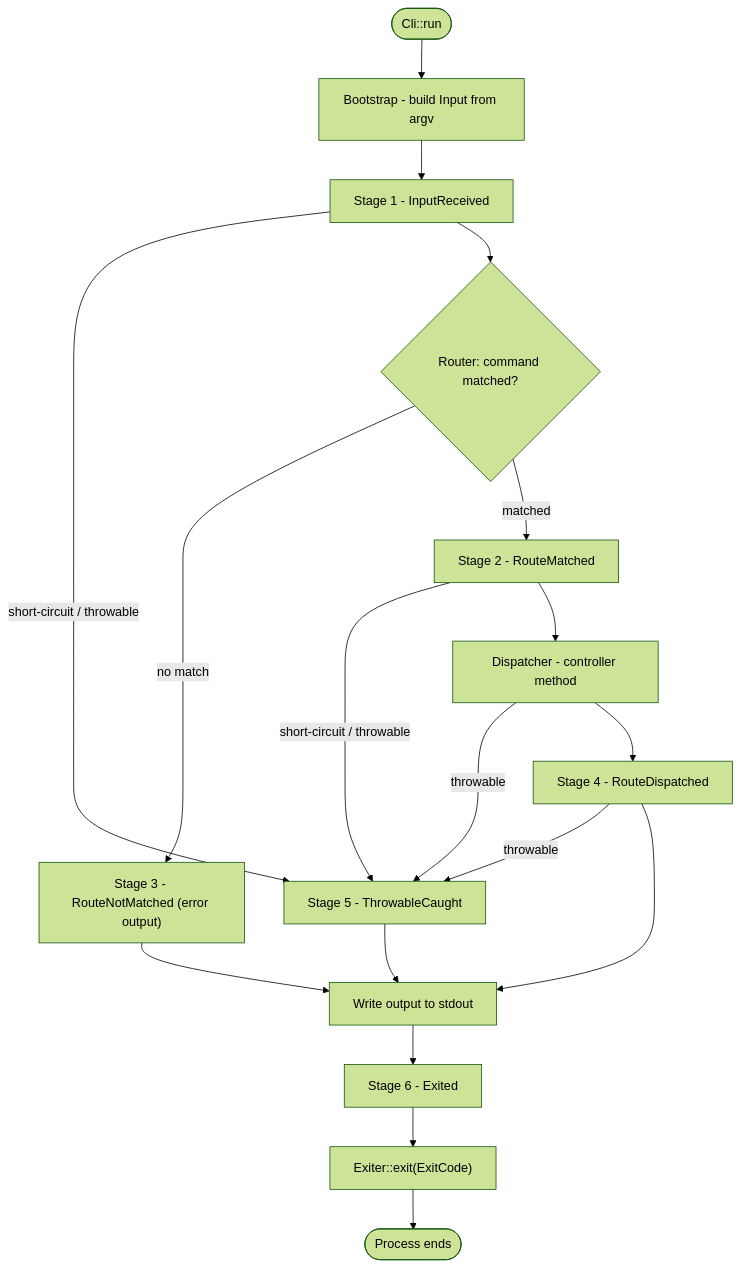
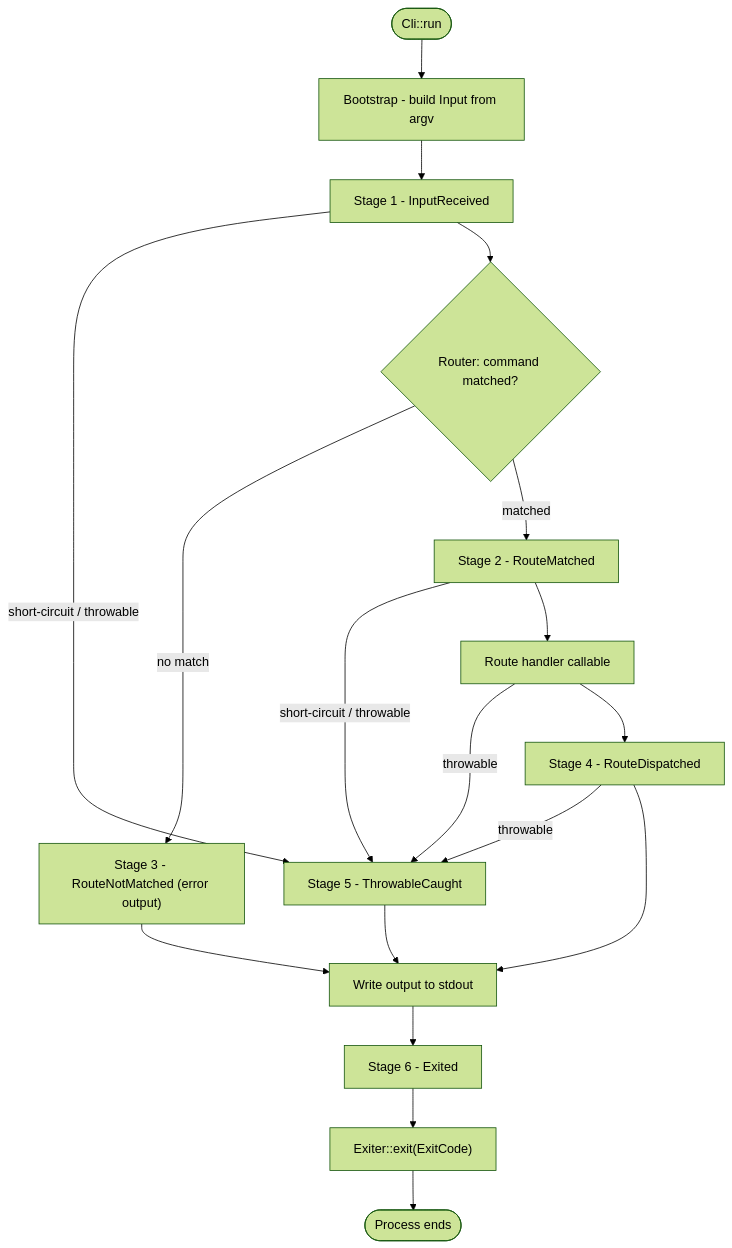
The diagram in src/Valkyrja/Cli/README.md (valkyrjaio/valkyrja), drawn with Mermaid (forest theme) before and after one commit. The commit also changed other lines of this file and 34 other files, not shown here.

Commit message:
[Cli] Update routing to use route handler and remove dispatch.

````diff
--- a/src/Valkyrja/Cli/README.md
+++ b/src/Valkyrja/Cli/README.md
@@ -594,20 +683,20 @@
 ```mermaid
 flowchart TD
     A([Cli::run]) --> B[Bootstrap - build Input from argv]
     B --> C[Stage 1 - InputReceived]
     C -->|"short-circuit / throwable"| J[Stage 5 - ThrowableCaught]
     C --> D{"Router: command matched?"}
     D -->|"no match"| E["Stage 3 - RouteNotMatched (error output)"]
     D -->|matched| F[Stage 2 - RouteMatched]
     E --> H[Write output to stdout]
     F -->|"short-circuit / throwable"| J
-    F --> G[Dispatcher - controller method]
+    F --> G[Route handler callable]
     G -->|throwable| J
     G --> I[Stage 4 - RouteDispatched]
     I -->|throwable| J
     I --> H
     J --> H
     H --> K[Stage 6 - Exited]
     K --> L["Exiter::exit(ExitCode)"]
     L --> M([Process ends])
 ```
````
